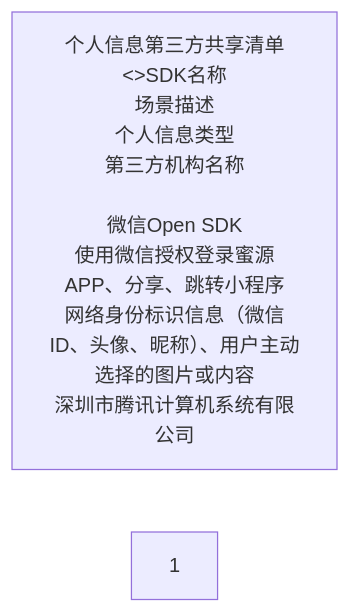
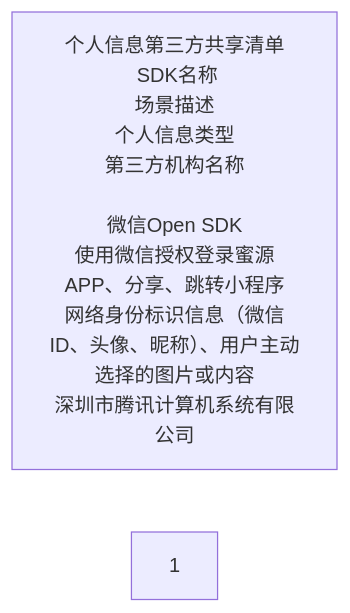
The diagram in all/未命名-5.md (milaLIAN/iodraw-files), drawn with Mermaid before and after one commit.

Commit message:
2024-05-10 17:52:54 update

````diff
--- a/all/未命名-5.md
+++ b/all/未命名-5.md
@@ -1,7 +1,7 @@
 ```mermaid
 flowchart LR
 
-id1["个人信息第三方共享清单<br><>SDK名称<br>场景描述<br>个人信息类型<br>第三方机构名称<br><br>微信Open SDK<br>使用微信授权登录蜜源APP、分享、跳转小程序<br>网络身份标识信息（微信ID、头像、昵称）、用户主动选择的图片或内容<br>深圳市腾讯计算机系统有限公司"]
+id1["个人信息第三方共享清单<br> <th>SDK名称<br>场景描述<br>个人信息类型<br>第三方机构名称<br><br>微信Open SDK<br>使用微信授权登录蜜源APP、分享、跳转小程序<br>网络身份标识信息（微信ID、头像、昵称）、用户主动选择的图片或内容<br>深圳市腾讯计算机系统有限公司"]
 
 id2["1"]
 ```
````
